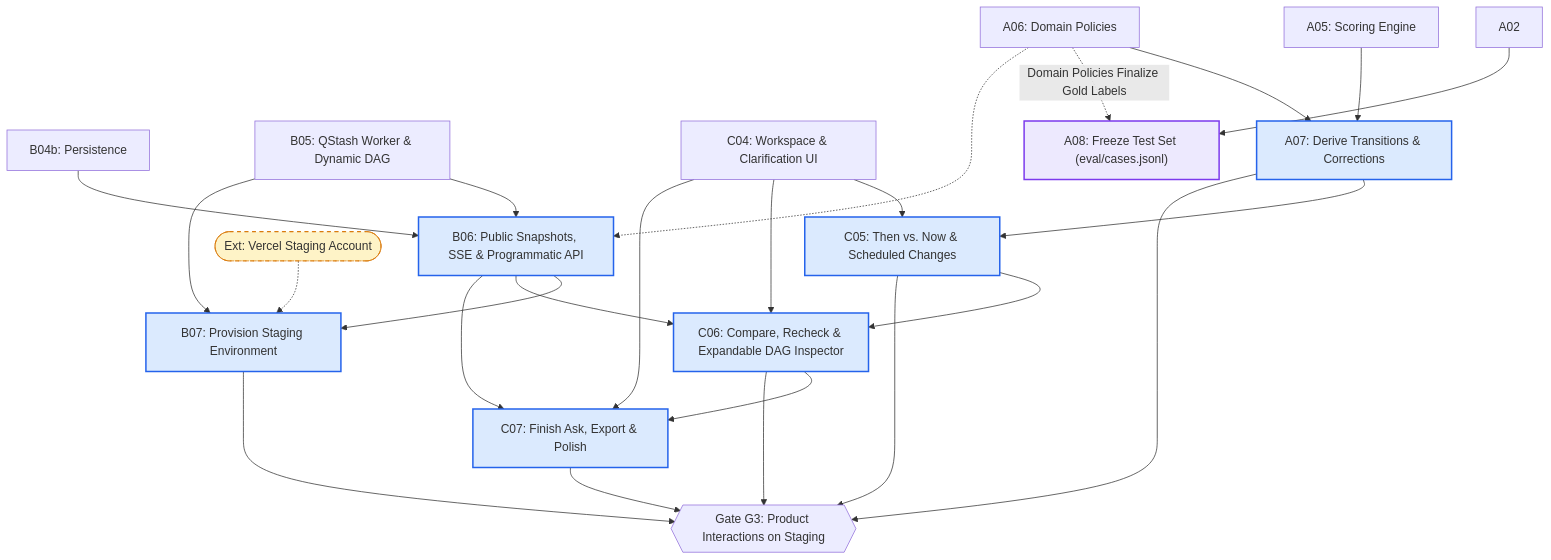
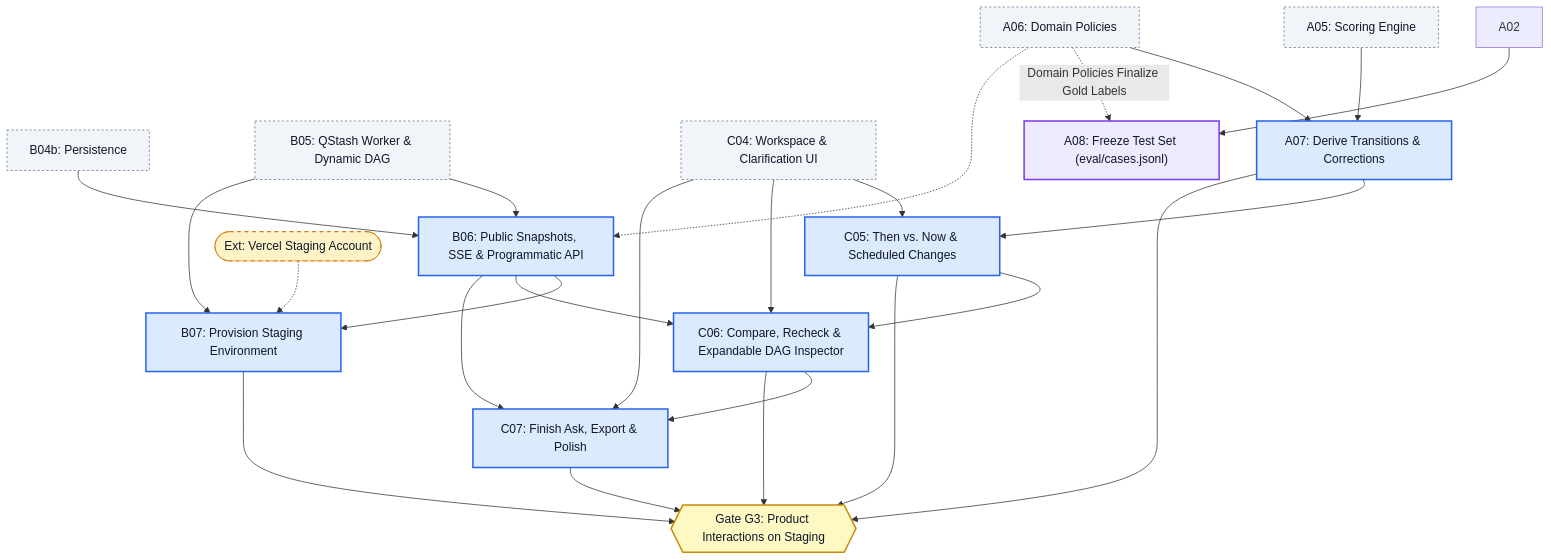
Before and after one commit to Driftaxe/Afterfact: the fifth of 6 diagrams in docs/PARALLEL-WORK-PLAN.md, drawn with Mermaid. The commit also changed other lines of this file, not shown here.

Commit message:
docs(diagrams): set dark font color on all light background Mermaid nodes

````diff
--- a/docs/PARALLEL-WORK-PLAN.md
+++ b/docs/PARALLEL-WORK-PLAN.md
@@ -301,57 +306,59 @@
 ```mermaid
 flowchart TD
-    classDef unblocked fill:#dbeafe,stroke:#2563eb,stroke-width:2px;
-    classDef partial fill:#ede9fe,stroke:#7c3aed,stroke-width:2px;
-    classDef external fill:#fef3c7,stroke:#d97706,stroke-width:1px,stroke-dasharray: 5 5;
+    classDef unblocked fill:#dbeafe,stroke:#2563eb,stroke-width:2px,color:#0f172a;
+    classDef partial fill:#ede9fe,stroke:#7c3aed,stroke-width:2px,color:#0f172a;
+    classDef external fill:#fef3c7,stroke:#d97706,stroke-width:1px,stroke-dasharray: 5 5,color:#0f172a;
+    classDef upstream fill:#f1f5f9,stroke:#64748b,stroke-width:1px,stroke-dasharray: 3 3,color:#0f172a;
+    classDef gate fill:#fef9c3,stroke:#ca8a04,stroke-width:2px,color:#0f172a;
 
-    A05["A05: Scoring Engine"]
-    A06["A06: Domain Policies"]
-    B04b["B04b: Persistence"]
-    B05["B05: QStash Worker & Dynamic DAG"]
-    C04["C04: Workspace & Clarification UI"]
+    A05["A05: Scoring Engine"]:::upstream
+    A06["A06: Domain Policies"]:::upstream
+    B04b["B04b: Persistence"]:::upstream
+    B05["B05: QStash Worker & Dynamic DAG"]:::upstream
+    C04["C04: Workspace & Clarification UI"]:::upstream
 
     A07["A07: Derive Transitions & Corrections"]:::unblocked
     A08["A08: Freeze Test Set (eval/cases.jsonl)"]:::partial
 
     B06["B06: Public Snapshots, SSE & Programmatic API"]:::unblocked
 
     VercelStaging(["Ext: Vercel Staging Account"]):::external
     B07["B07: Provision Staging Environment"]:::unblocked
 
     C05["C05: Then vs. Now & Scheduled Changes"]:::unblocked
     C06["C06: Compare, Recheck & Expandable DAG Inspector"]:::unblocked
     C07["C07: Finish Ask, Export & Polish"]:::unblocked
 
-    GateG3{{"Gate G3: Product Interactions on Staging"}}
+    GateG3{{"Gate G3: Product Interactions on Staging"}}:::gate
 
     A05 --> A07
     A06 --> A07
 
     A02 --> A08
     A06 -.->|Domain Policies Finalize Gold Labels| A08
 
     B04b --> B06
     B05 --> B06
     A06 -.-> B06
 
     B05 --> B07
     B06 --> B07
     VercelStaging -.-> B07
 
     C04 --> C05
     A07 --> C05
 
     C04 --> C06
     C05 --> C06
     B06 --> C06
 
     B06 --> C07
     C04 --> C07
     C06 --> C07
 
     A07 --> GateG3
     B07 --> GateG3
     C05 --> GateG3
     C06 --> GateG3
     C07 --> GateG3
 ```
````
